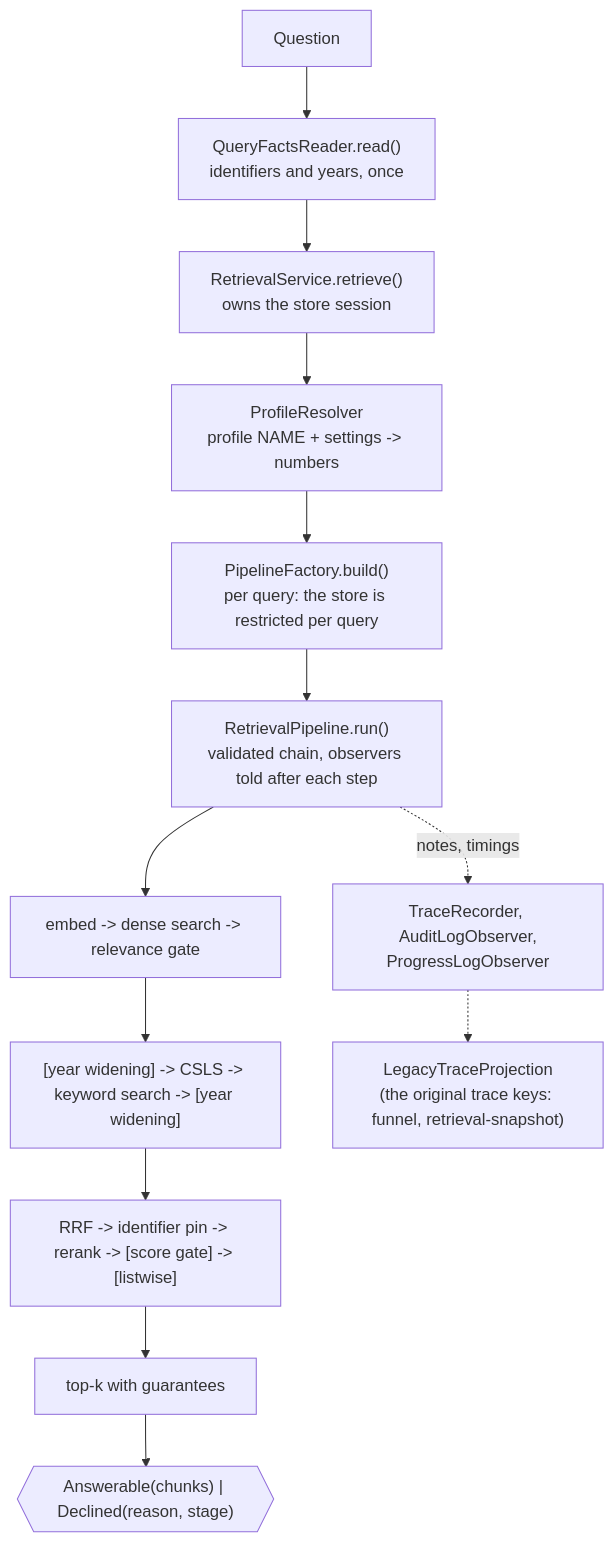
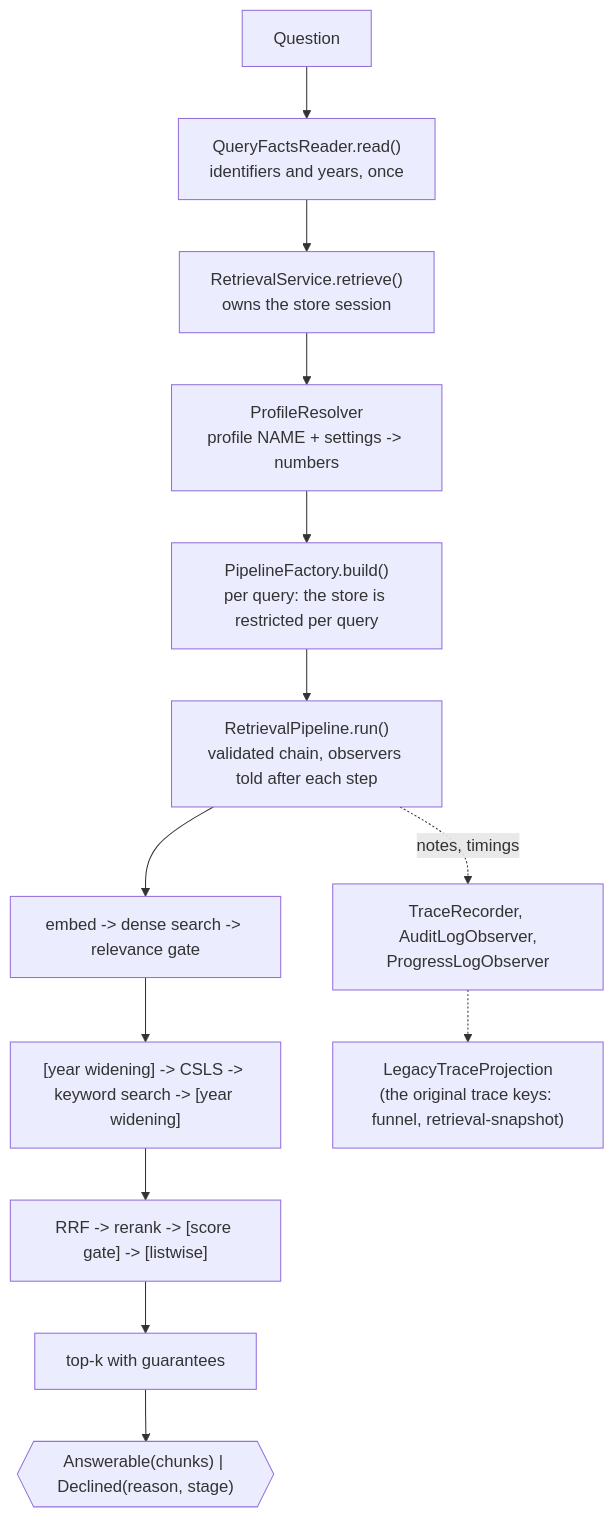
The third of 4 diagrams in docs/architecture.md (olythy/docs-agent), drawn with Mermaid before and after one commit. The commit also changed 18 other files, not shown here.

First line of the commit message:
refactor(query): delete the identifier pin from the new pipeline; the scope spreads the final cut over named documents

````diff
--- a/docs/architecture.md
+++ b/docs/architecture.md
@@ -66,15 +66,15 @@
 ```mermaid
 flowchart TD
     Q[Question] --> FR["QueryFactsReader.read()<br/>identifiers and years, once"]
     FR --> SVC["RetrievalService.retrieve()<br/>owns the store session"]
     SVC --> PR["ProfileResolver<br/>profile NAME + settings -> numbers"]
     PR --> PF["PipelineFactory.build()<br/>per query: the store is restricted per query"]
     PF --> RP["RetrievalPipeline.run()<br/>validated chain, observers told after each step"]
     RP --> S1["embed -> dense search -> relevance gate"]
     S1 --> S2["[year widening] -> CSLS -> keyword search -> [year widening]"]
-    S2 --> S3["RRF -> identifier pin -> rerank -> [score gate] -> [listwise]"]
+    S2 --> S3["RRF -> rerank -> [score gate] -> [listwise]"]
     S3 --> S4["top-k with guarantees"]
     S4 --> OUT{{"Answerable(chunks) | Declined(reason, stage)"}}
     RP -. notes, timings .-> OBS["TraceRecorder, AuditLogObserver,<br/>ProgressLogObserver"]
     OBS -.-> LT["LegacyTraceProjection<br/>(the original trace keys: funnel, retrieval-snapshot)"]
 ```
````
